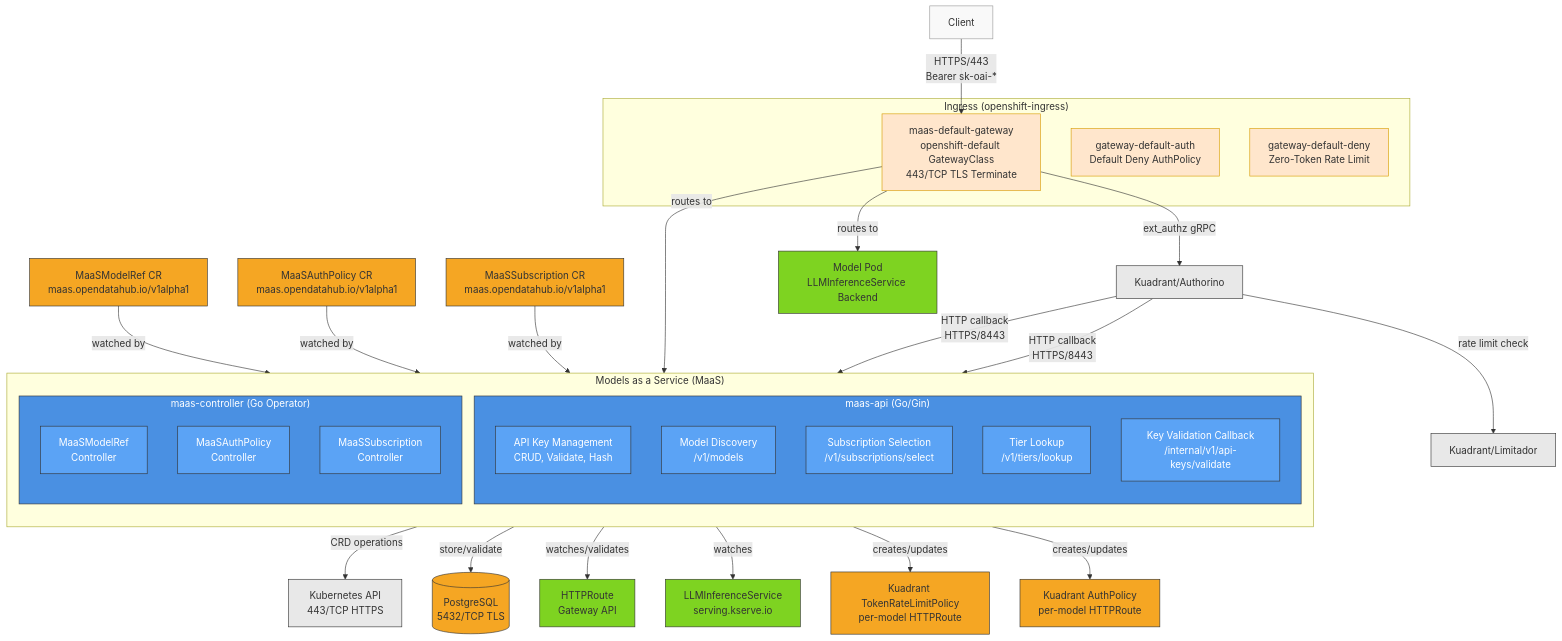
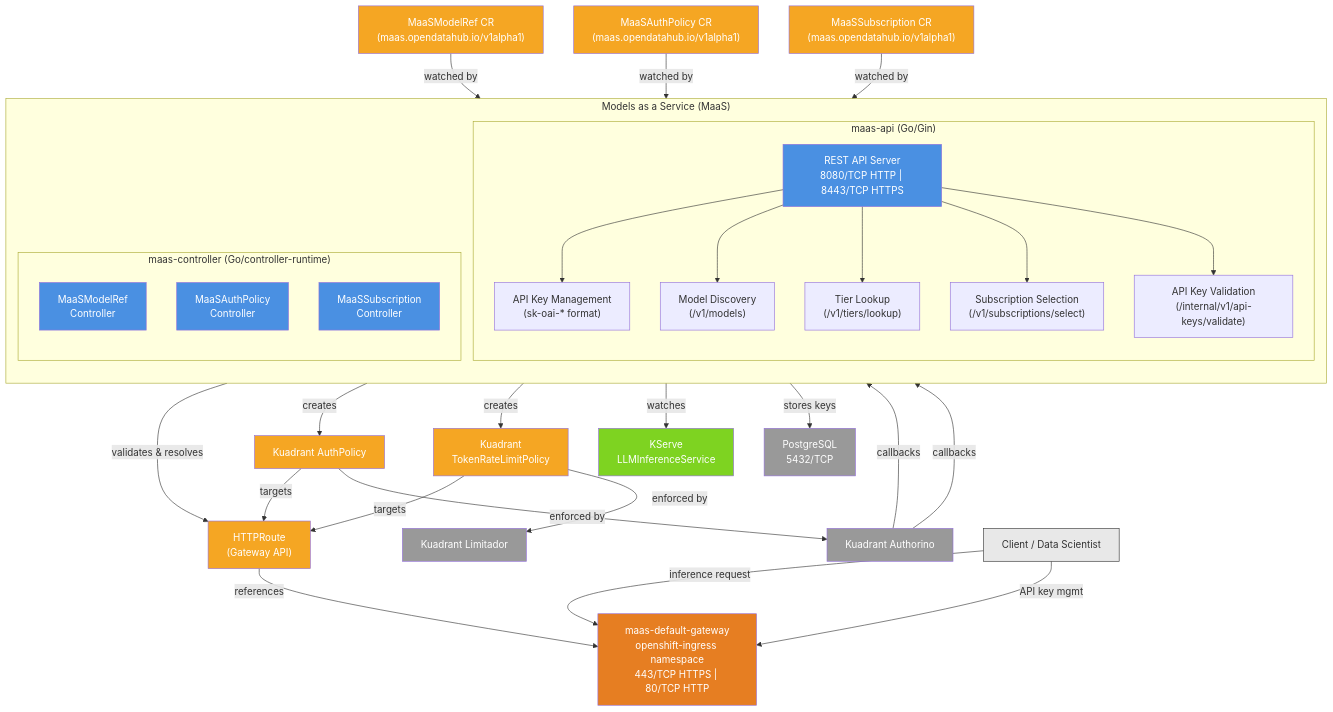
Before and after one commit to rhuss/architecture-context: the diagram in architecture/rhoai-3.4-ea.2/diagrams/models-as-a-service-component.mmd, drawn with Mermaid. The commit also changed 606 other files, not shown here.

```diff
--- a/architecture/rhoai-3.4-ea.2/diagrams/models-as-a-service-component.mmd
+++ b/architecture/rhoai-3.4-ea.2/diagrams/models-as-a-service-component.mmd
@@ -1,89 +1,80 @@
-%% Models as a Service - Component Structure Diagram
+%% Component Structure Diagram: Models as a Service (MaaS)
 %% Generated by: Claude Opus 4.6
 %% Source: architecture/rhoai-3.4-ea.2/models-as-a-service.md
 
 graph TB
     subgraph MaaS["Models as a Service (MaaS)"]
         direction TB
-        subgraph APIServer["maas-api (Go/Gin)"]
-            APIKeys[API Key Management<br/>CRUD, Validate, Hash]
-            ModelDiscovery[Model Discovery<br/>/v1/models]
-            SubscriptionSelect[Subscription Selection<br/>/v1/subscriptions/select]
-            TierLookup[Tier Lookup<br/>/v1/tiers/lookup]
-            KeyValidate[Key Validation Callback<br/>/internal/v1/api-keys/validate]
+        subgraph API["maas-api (Go/Gin)"]
+            APIServer["REST API Server<br/>8080/TCP HTTP | 8443/TCP HTTPS"]
+            KeyMgmt["API Key Management<br/>(sk-oai-* format)"]
+            ModelDiscovery["Model Discovery<br/>(/v1/models)"]
+            TierLookup["Tier Lookup<br/>(/v1/tiers/lookup)"]
+            SubSelect["Subscription Selection<br/>(/v1/subscriptions/select)"]
+            KeyValidate["API Key Validation<br/>(/internal/v1/api-keys/validate)"]
+            APIServer --> KeyMgmt
+            APIServer --> ModelDiscovery
+            APIServer --> TierLookup
+            APIServer --> SubSelect
+            APIServer --> KeyValidate
         end
 
-        subgraph Controller["maas-controller (Go Operator)"]
-            ModelRefCtrl[MaaSModelRef<br/>Controller]
-            AuthPolicyCtrl[MaaSAuthPolicy<br/>Controller]
-            SubCtrl[MaaSSubscription<br/>Controller]
+        subgraph Controller["maas-controller (Go/controller-runtime)"]
+            ModelRefCtrl["MaaSModelRef<br/>Controller"]
+            AuthPolicyCtrl["MaaSAuthPolicy<br/>Controller"]
+            SubCtrl["MaaSSubscription<br/>Controller"]
         end
     end
 
     %% CRDs
-    MaaSModelRefCR[MaaSModelRef CR<br/>maas.opendatahub.io/v1alpha1]
-    MaaSAuthPolicyCR[MaaSAuthPolicy CR<br/>maas.opendatahub.io/v1alpha1]
-    MaaSSubscriptionCR[MaaSSubscription CR<br/>maas.opendatahub.io/v1alpha1]
+    MaaSModelRefCR["MaaSModelRef CR<br/>(maas.opendatahub.io/v1alpha1)"]
+    MaaSAuthPolicyCR["MaaSAuthPolicy CR<br/>(maas.opendatahub.io/v1alpha1)"]
+    MaaSSubscriptionCR["MaaSSubscription CR<br/>(maas.opendatahub.io/v1alpha1)"]
 
-    %% Controller watches CRDs
+    %% CRD watches
     MaaSModelRefCR -->|watched by| ModelRefCtrl
     MaaSAuthPolicyCR -->|watched by| AuthPolicyCtrl
     MaaSSubscriptionCR -->|watched by| SubCtrl
 
-    %% Controller creates Kuadrant resources
-    AuthPolicyCtrl -->|creates/updates| KuadrantAuthPolicy[Kuadrant AuthPolicy<br/>per-model HTTPRoute]
-    SubCtrl -->|creates/updates| KuadrantTRLP[Kuadrant TokenRateLimitPolicy<br/>per-model HTTPRoute]
+    %% Controller outputs
+    ModelRefCtrl -->|validates & resolves| HTTPRoute["HTTPRoute<br/>(Gateway API)"]
+    AuthPolicyCtrl -->|creates| KuadrantAuthPolicy["Kuadrant AuthPolicy"]
+    SubCtrl -->|creates| KuadrantTRLP["Kuadrant<br/>TokenRateLimitPolicy"]
 
-    %% Controller watches KServe
-    ModelRefCtrl -->|watches| LLMInferenceService[LLMInferenceService<br/>serving.kserve.io]
-    ModelRefCtrl -->|watches/validates| HTTPRoute[HTTPRoute<br/>Gateway API]
+    %% Kuadrant policies target HTTPRoutes
+    KuadrantAuthPolicy -->|targets| HTTPRoute
+    KuadrantTRLP -->|targets| HTTPRoute
 
     %% Gateway
-    subgraph IngressLayer["Ingress (openshift-ingress)"]
-        Gateway[maas-default-gateway<br/>openshift-default GatewayClass<br/>443/TCP TLS Terminate]
-        GatewayDefaultAuth[gateway-default-auth<br/>Default Deny AuthPolicy]
-        GatewayDefaultDeny[gateway-default-deny<br/>Zero-Token Rate Limit]
-    end
+    Gateway["maas-default-gateway<br/>openshift-ingress namespace<br/>443/TCP HTTPS | 80/TCP HTTP"]
+    HTTPRoute -->|references| Gateway
 
-    %% External Dependencies
-    Client[Client] -->|HTTPS/443<br/>Bearer sk-oai-*| Gateway
-    Gateway -->|ext_authz gRPC| Authorino[Kuadrant/Authorino]
-    Authorino -->|HTTP callback<br/>HTTPS/8443| KeyValidate
-    Authorino -->|HTTP callback<br/>HTTPS/8443| SubscriptionSelect
-    Authorino -->|rate limit check| Limitador[Kuadrant/Limitador]
-    Gateway -->|routes to| APIServer
-    Gateway -->|routes to| ModelPod[Model Pod<br/>LLMInferenceService Backend]
+    %% External dependencies
+    ModelRefCtrl -->|watches| LLMInferenceService["KServe<br/>LLMInferenceService"]
+    KuadrantAuthPolicy -->|enforced by| Authorino["Kuadrant Authorino"]
+    KuadrantTRLP -->|enforced by| Limitador["Kuadrant Limitador"]
+    Authorino -->|callbacks| KeyValidate
+    Authorino -->|callbacks| SubSelect
+    APIServer -->|stores keys| PostgreSQL["PostgreSQL<br/>5432/TCP"]
 
-    %% Database
-    APIKeys -->|store/validate| PostgreSQL[(PostgreSQL<br/>5432/TCP TLS)]
-
-    %% Kubernetes API
-    Controller -->|CRD operations| K8sAPI[Kubernetes API<br/>443/TCP HTTPS]
+    %% Users
+    User["Client / Data Scientist"] -->|inference request| Gateway
+    User -->|API key mgmt| Gateway
 
     %% Styling
-    style APIServer fill:#4a90e2,stroke:#333,color:#fff
-    style Controller fill:#4a90e2,stroke:#333,color:#fff
-    style APIKeys fill:#5ba3f5,stroke:#333,color:#fff
-    style ModelDiscovery fill:#5ba3f5,stroke:#333,color:#fff
-    style SubscriptionSelect fill:#5ba3f5,stroke:#333,color:#fff
-    style TierLookup fill:#5ba3f5,stroke:#333,color:#fff
-    style KeyValidate fill:#5ba3f5,stroke:#333,color:#fff
-    style ModelRefCtrl fill:#5ba3f5,stroke:#333,color:#fff
-    style AuthPolicyCtrl fill:#5ba3f5,stroke:#333,color:#fff
-    style SubCtrl fill:#5ba3f5,stroke:#333,color:#fff
-    style MaaSModelRefCR fill:#f5a623,stroke:#333
-    style MaaSAuthPolicyCR fill:#f5a623,stroke:#333
-    style MaaSSubscriptionCR fill:#f5a623,stroke:#333
-    style KuadrantAuthPolicy fill:#f5a623,stroke:#333
-    style KuadrantTRLP fill:#f5a623,stroke:#333
-    style Gateway fill:#ffe6cc,stroke:#d79b00
-    style GatewayDefaultAuth fill:#ffe6cc,stroke:#d79b00
-    style GatewayDefaultDeny fill:#ffe6cc,stroke:#d79b00
-    style Authorino fill:#e8e8e8,stroke:#333
-    style Limitador fill:#e8e8e8,stroke:#333
-    style LLMInferenceService fill:#7ed321,stroke:#333
-    style HTTPRoute fill:#7ed321,stroke:#333
-    style PostgreSQL fill:#f5a623,stroke:#333
-    style K8sAPI fill:#e8e8e8,stroke:#333
-    style ModelPod fill:#7ed321,stroke:#333
-    style Client fill:#f9f9f9,stroke:#999
+    style APIServer fill:#4a90e2,color:#fff
+    style ModelRefCtrl fill:#4a90e2,color:#fff
+    style AuthPolicyCtrl fill:#4a90e2,color:#fff
+    style SubCtrl fill:#4a90e2,color:#fff
+    style MaaSModelRefCR fill:#f5a623,color:#fff
+    style MaaSAuthPolicyCR fill:#f5a623,color:#fff
+    style MaaSSubscriptionCR fill:#f5a623,color:#fff
+    style KuadrantAuthPolicy fill:#f5a623,color:#fff
+    style KuadrantTRLP fill:#f5a623,color:#fff
+    style HTTPRoute fill:#f5a623,color:#fff
+    style Gateway fill:#e67e22,color:#fff
+    style Authorino fill:#999,color:#fff
+    style Limitador fill:#999,color:#fff
+    style LLMInferenceService fill:#7ed321,color:#fff
+    style PostgreSQL fill:#999,color:#fff
+    style User fill:#e8e8e8,stroke:#333
```
